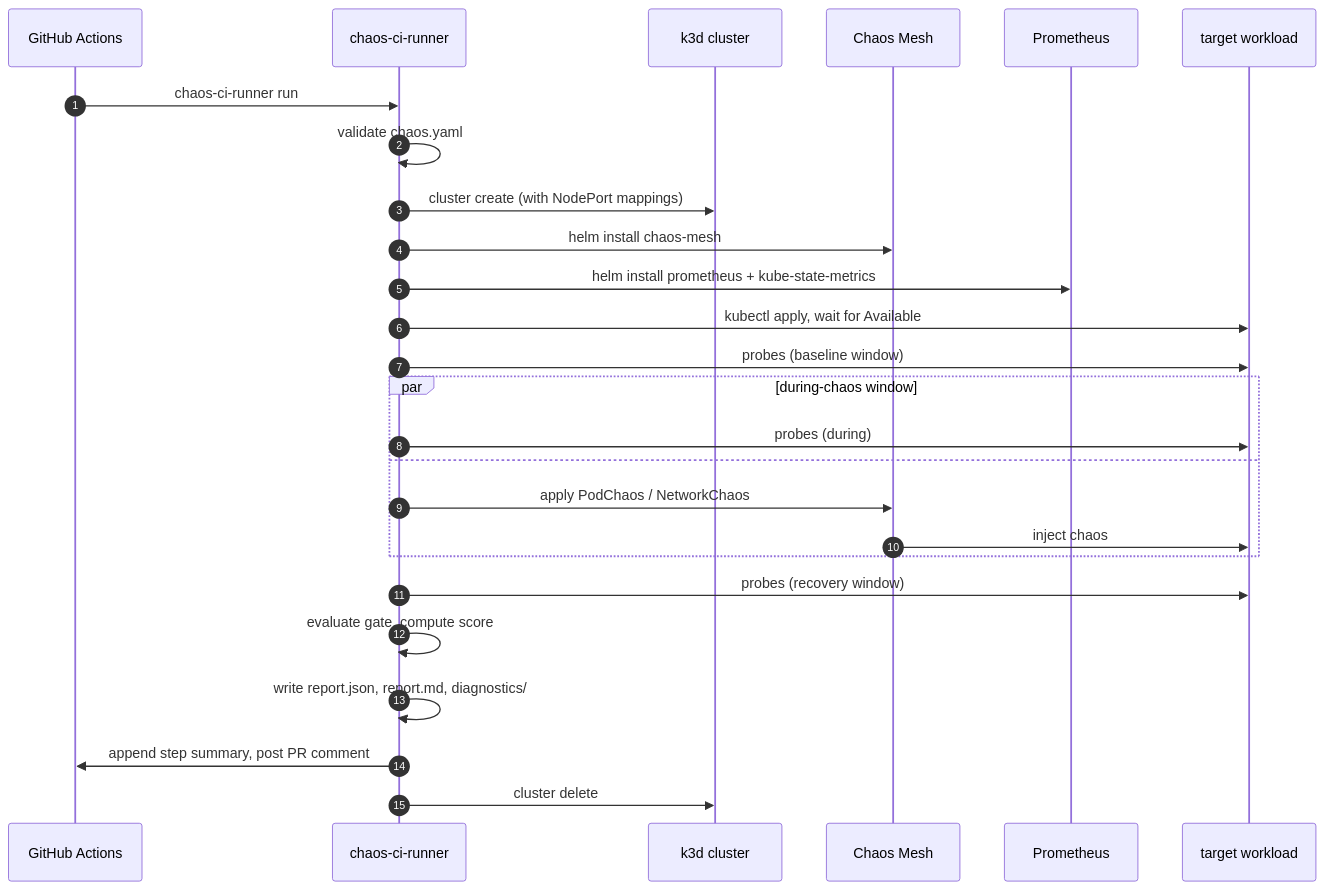
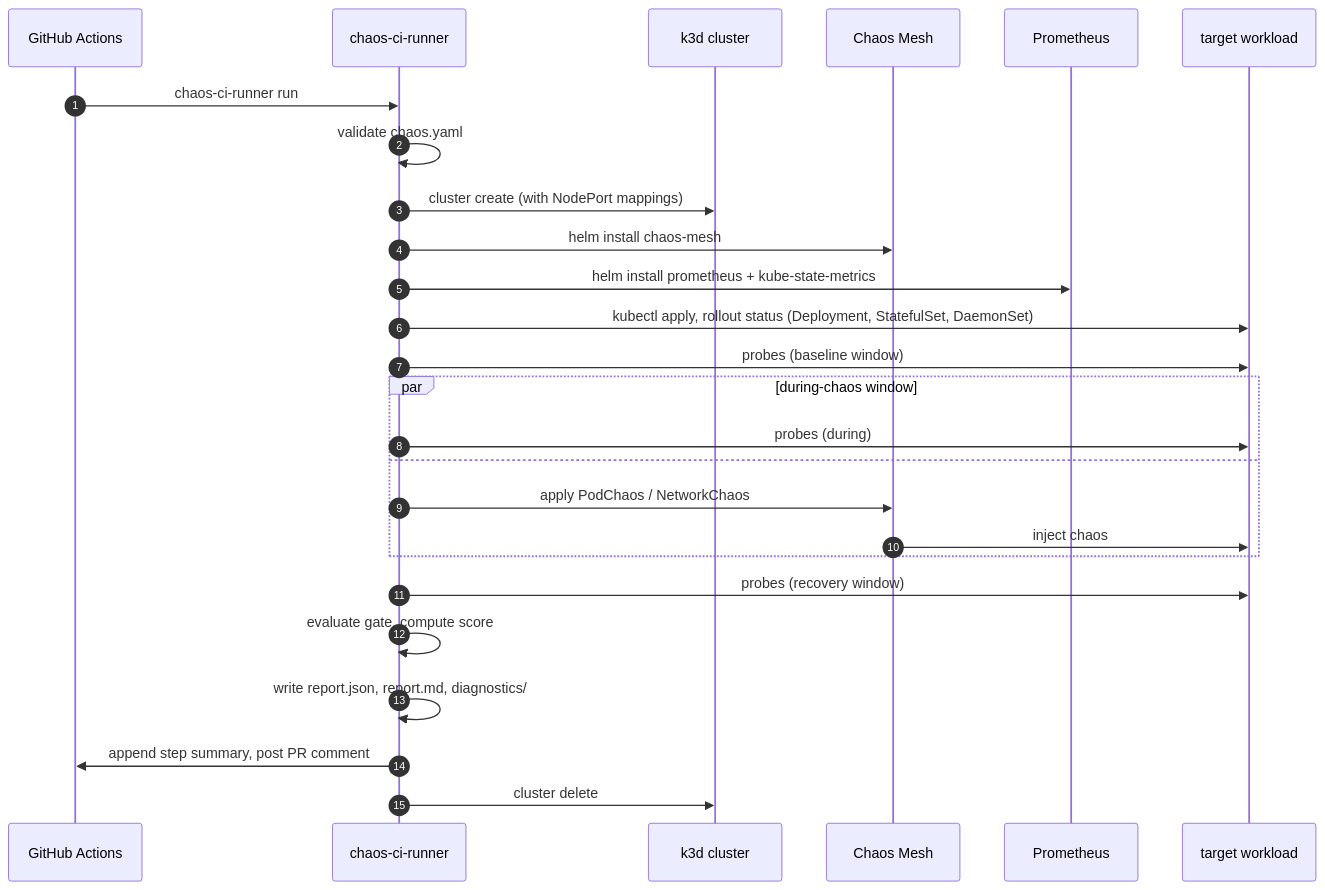
The second of 5 diagrams in README.md (sanjeev0120test/chaos-ci-runner), drawn with Mermaid before and after one commit. The commit also changed other lines of this file and 1 other file, not shown here.

````diff
--- a/README.md
+++ b/README.md
@@ -184,29 +190,29 @@
 ```mermaid
 sequenceDiagram
     autonumber
     participant CI as GitHub Actions
     participant CLI as chaos-ci-runner
     participant K3D as k3d cluster
     participant CM  as Chaos Mesh
     participant P   as Prometheus
     participant T   as target workload
 
     CI ->> CLI: chaos-ci-runner run
     CLI ->> CLI: validate chaos.yaml
     CLI ->> K3D: cluster create (with NodePort mappings)
     CLI ->> CM:  helm install chaos-mesh
     CLI ->> P:   helm install prometheus + kube-state-metrics
-    CLI ->> T:   kubectl apply, wait for Available
+    CLI ->> T:   kubectl apply, rollout status (Deployment, StatefulSet, DaemonSet)
     CLI ->> T:   probes (baseline window)
     par during-chaos window
         CLI ->> T: probes (during)
     and
         CLI ->> CM: apply PodChaos / NetworkChaos
         CM  ->> T:  inject chaos
     end
     CLI ->> T:  probes (recovery window)
     CLI ->> CLI: evaluate gate, compute score
     CLI ->> CLI: write report.json, report.md, diagnostics/
     CLI ->> CI: append step summary, post PR comment
     CLI ->> K3D: cluster delete
 ```
````
